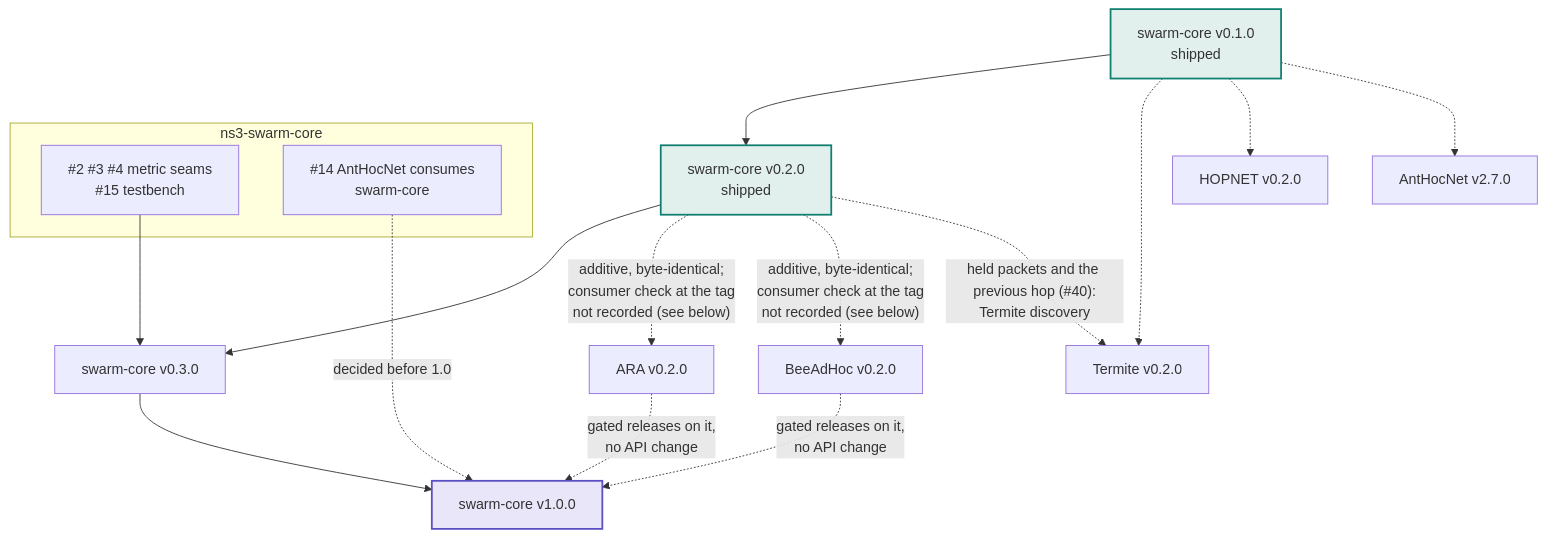
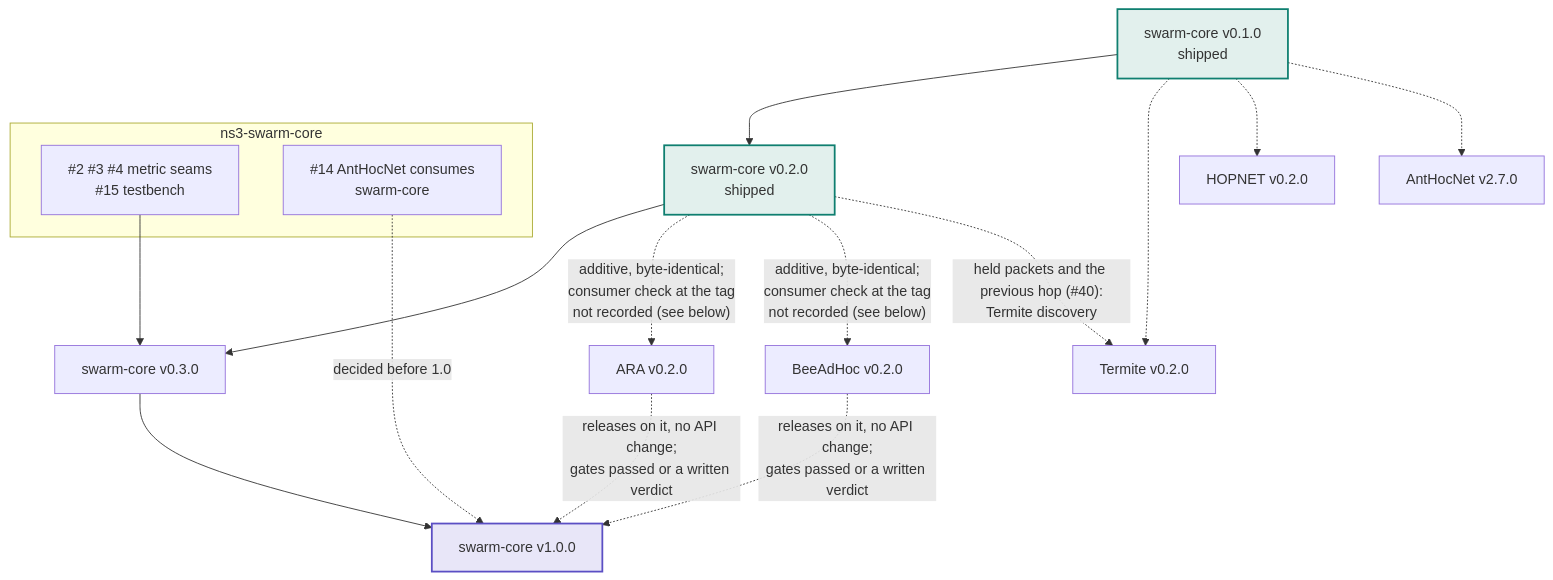
One commit to swarm-routing/ns3-swarm-core changed the second of 2 diagrams in docs/roadmap.md. Above: the diagram before and after it, drawn with Mermaid. The commit also changed other lines of this file, not shown here.

Commit message:
docs(roadmap): v1.0.0 asks for protocol releases with no API change and the gates passed or a written verdict
The maintainer accepted the reword proposed in #122 (2026-11-14). The
v1.0.0 exit criterion on protocol releases read "ARA and BeeAdHoc gated
releases built on it with no API change", which an anchor miss shipped
with a written infeasibility verdict (ARA v0.2.0, swarm-routing/ARA#124)
could not meet, although it says nothing about swarm-core's API. It now
reads: "ARA and BeeAdHoc each release a version built on swarm-core with
no API change; each has passed its comparator gates or published a
written verdict". The rest of the row is unchanged; the ladder diagram's
edge label follows.

Closes #122

Claude-Session: https://claude.ai/code/session_01Qx5bTTkobruNZPPAguYjWa

````diff
--- a/docs/roadmap.md
+++ b/docs/roadmap.md
@@ -72,28 +72,28 @@
 ```mermaid
 flowchart TB
     subgraph SC["ns3-swarm-core"]
         MET["#2 #3 #4 metric seams<br/>#15 testbench"]
         I14["#14 AntHocNet consumes<br/>swarm-core"]
     end
 
     ARA["ARA v0.2.0"]
     BEE["BeeAdHoc v0.2.0"]
     TER["Termite v0.2.0"]
     HOP["HOPNET v0.2.0"]
     AHN["AntHocNet v2.7.0"]
 
     V01["swarm-core v0.1.0<br/>shipped"] --> V02["swarm-core v0.2.0<br/>shipped"]
     V02 --> V03["swarm-core v0.3.0"]
     MET --> V03
     V03 --> V10["swarm-core v1.0.0"]
-    ARA & BEE -.->|"gated releases on it,<br/>no API change"| V10
+    ARA & BEE -.->|"releases on it, no API change;<br/>gates passed or a written verdict"| V10
     I14 -.->|"decided before 1.0"| V10
     V02 -.->|"additive, byte-identical;<br/>consumer check at the tag<br/>not recorded (see below)"| ARA & BEE
     V02 -.->|"held packets and the previous hop (#40):<br/>Termite discovery"| TER
     V01 -.-> TER & HOP
     V01 -.-> AHN
 
     style V01 fill:#e2f0ed,stroke:#0f7f70,stroke-width:2px
     style V02 fill:#e2f0ed,stroke:#0f7f70,stroke-width:2px
     style V10 fill:#e8e6f8,stroke:#5b4fc4,stroke-width:2px
 ```
````
